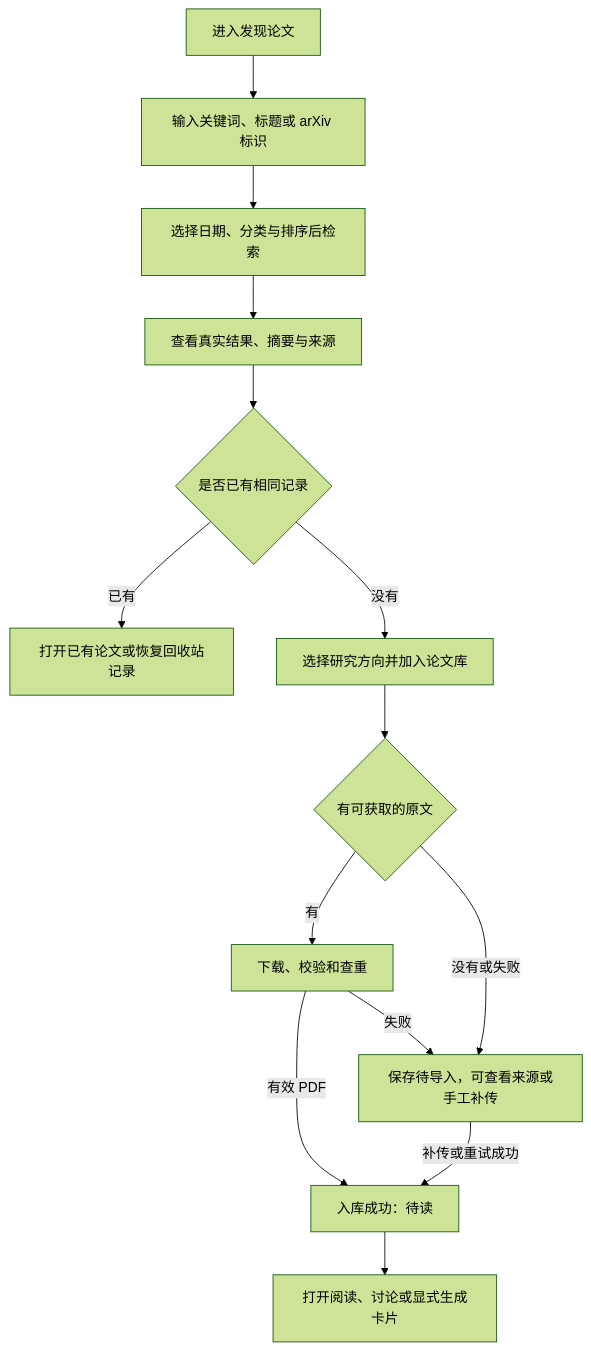
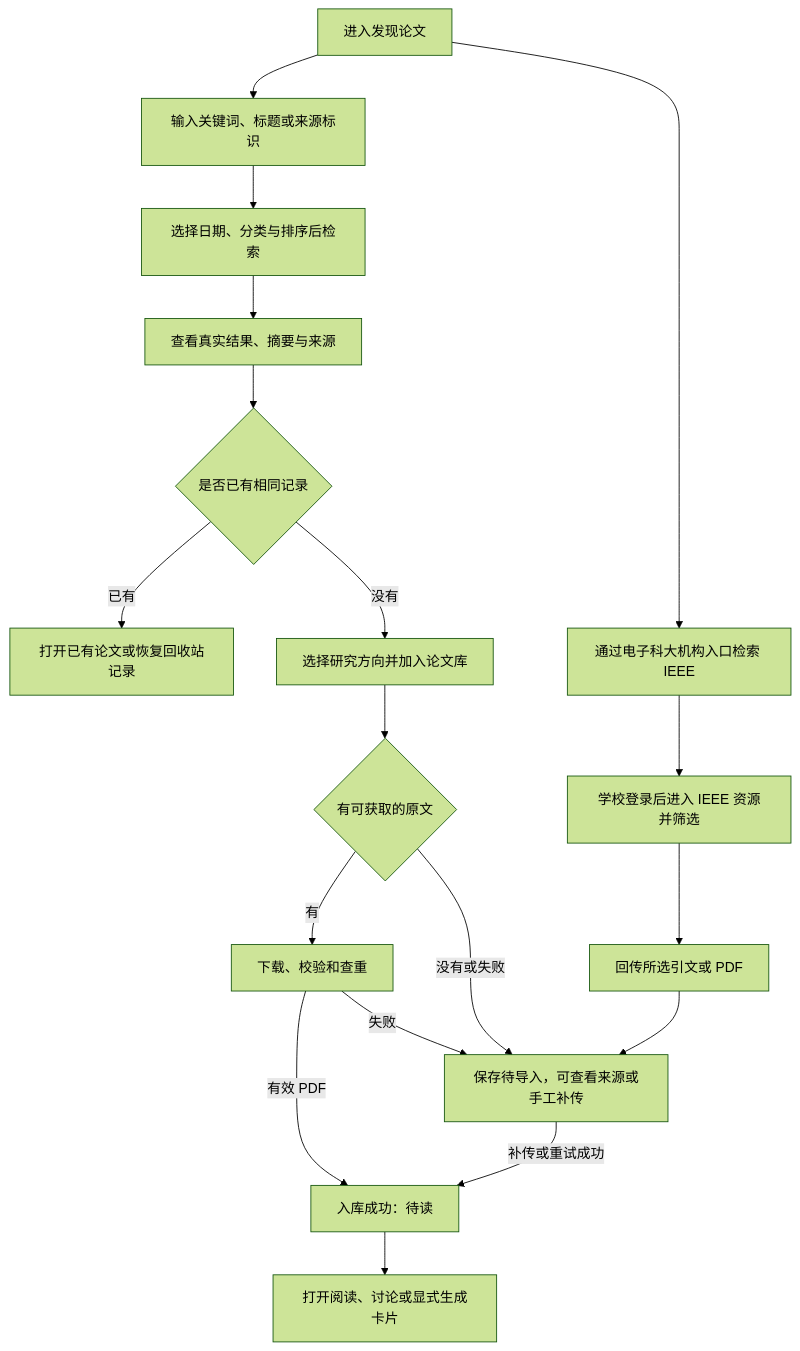
Before and after one commit to iaslay/Paper-Management-System: the first of 2 diagrams in docs/论文联网检索与导入方案.md, drawn with Mermaid (forest theme). The commit also changed other lines of this file and 3 other files, not shown here.

````diff
--- a/docs/论文联网检索与导入方案.md
+++ b/docs/论文联网检索与导入方案.md
@@ -53,16 +79,20 @@
 ```mermaid
 flowchart TD
-    A[进入发现论文] --> B[输入关键词、标题或 arXiv 标识]
+    A[进入发现论文] --> B[输入关键词、标题或来源标识]
     B --> C[选择日期、分类与排序后检索]
+    A --> N[通过电子科大机构入口检索 IEEE]
+    N --> O[学校登录后进入 IEEE 资源并筛选]
+    O --> P[回传所选引文或 PDF]
+    P --> J
     C --> D[查看真实结果、摘要与来源]
     D --> E{是否已有相同记录}
     E -->|已有| F[打开已有论文或恢复回收站记录]
     E -->|没有| G[选择研究方向并加入论文库]
     G --> H{有可获取的原文}
     H -->|有| I[下载、校验和查重]
     H -->|没有或失败| J[保存待导入，可查看来源或手工补传]
     I -->|有效 PDF| K[入库成功：待读]
     I -->|失败| J
     J -->|补传或重试成功| K
     K --> L[打开阅读、讨论或显式生成卡片]
 ```
````
